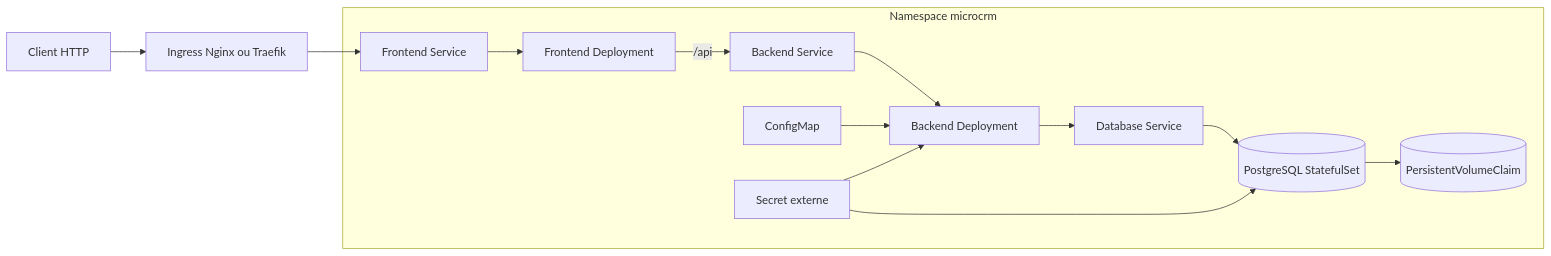
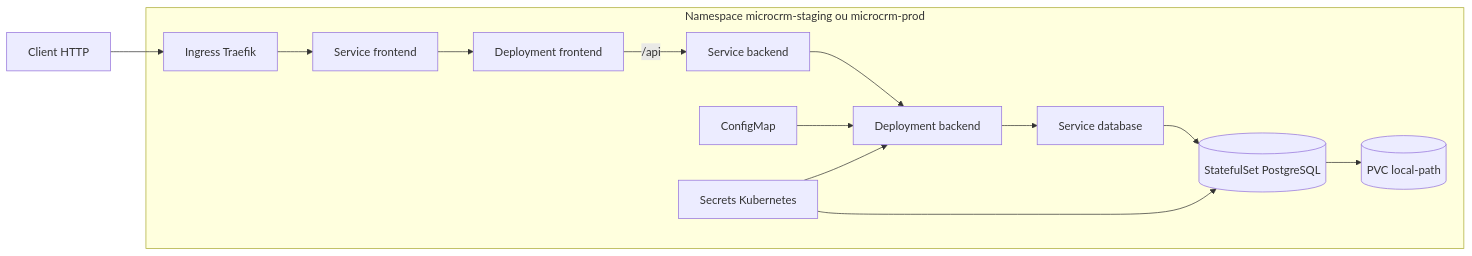
The diagram in documentation/diagrammes/architecture_kubernetes.md (jrdora31/p6-devops-strategy), drawn with Mermaid before and after one commit. The commit also changed other lines of this file and 28 other files, not shown here.

````diff
--- a/documentation/diagrammes/architecture_kubernetes.md
+++ b/documentation/diagrammes/architecture_kubernetes.md
@@ -3,29 +3,17 @@
 ```mermaid
 flowchart LR
-    user[Client HTTP]
-    ingress[Ingress Nginx ou Traefik]
+    USER[Client HTTP] --> INGRESS[Ingress Traefik]
 
-    subgraph cluster[Namespace microcrm]
-        front[Frontend Deployment]
-        frontsvc[Frontend Service]
-        back[Backend Deployment]
-        backsvc[Backend Service]
-        db[(PostgreSQL StatefulSet)]
-        dbsvc[Database Service]
-        pvc[(PersistentVolumeClaim)]
-        config[ConfigMap]
-        secret[Secret externe]
-
-        frontsvc --> front
-        front -->|/api| backsvc
-        backsvc --> back
-        back --> dbsvc
-        dbsvc --> db
-        db --> pvc
-        config --> back
-        secret --> back
-        secret --> db
+    subgraph NS[Namespace microcrm-staging ou microcrm-prod]
+        INGRESS --> FSV[Service frontend]
+        FSV --> FRONT[Deployment frontend]
+        FRONT -->|/api| BSV[Service backend]
+        BSV --> BACK[Deployment backend]
+        BACK --> DSV[Service database]
+        DSV --> DB[(StatefulSet PostgreSQL)]
+        DB --> PVC[(PVC local-path)]
+        CONFIG[ConfigMap] --> BACK
+        SECRET[Secrets Kubernetes] --> BACK
+        SECRET --> DB
     end
-
-    user --> ingress --> frontsvc
 ```
````
